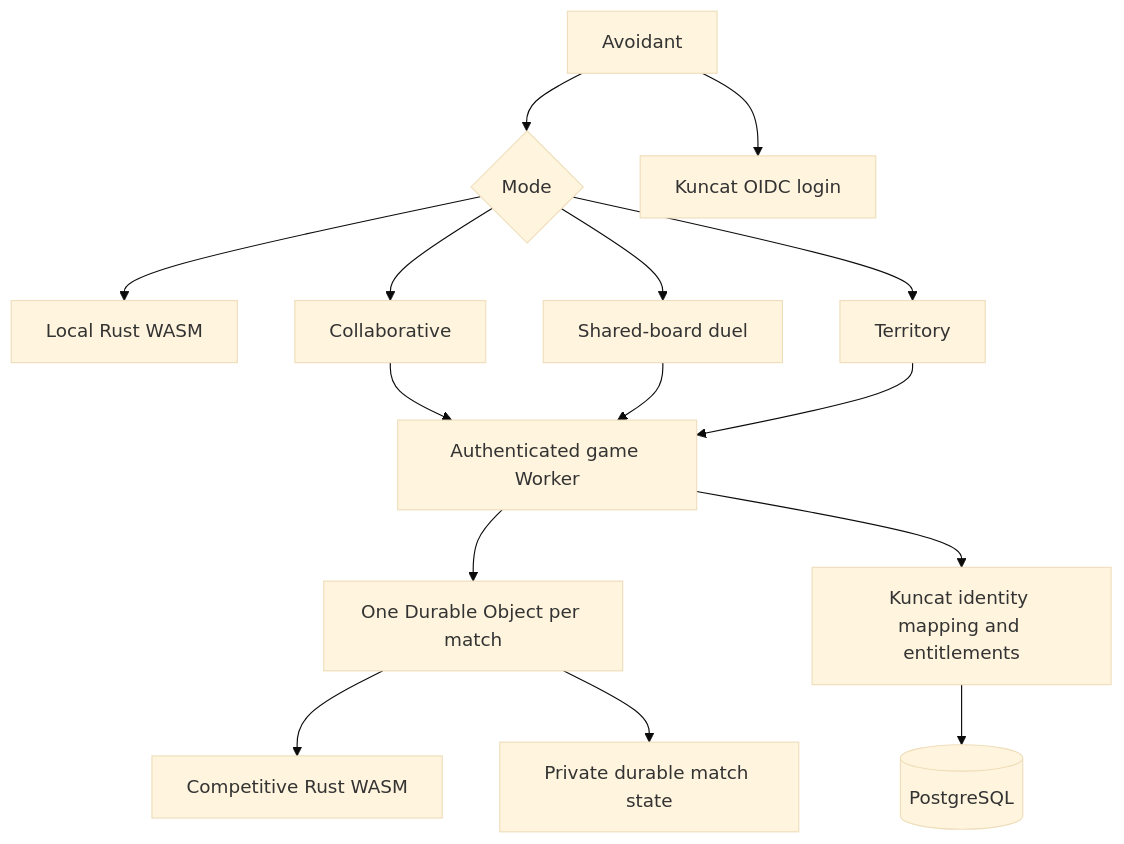
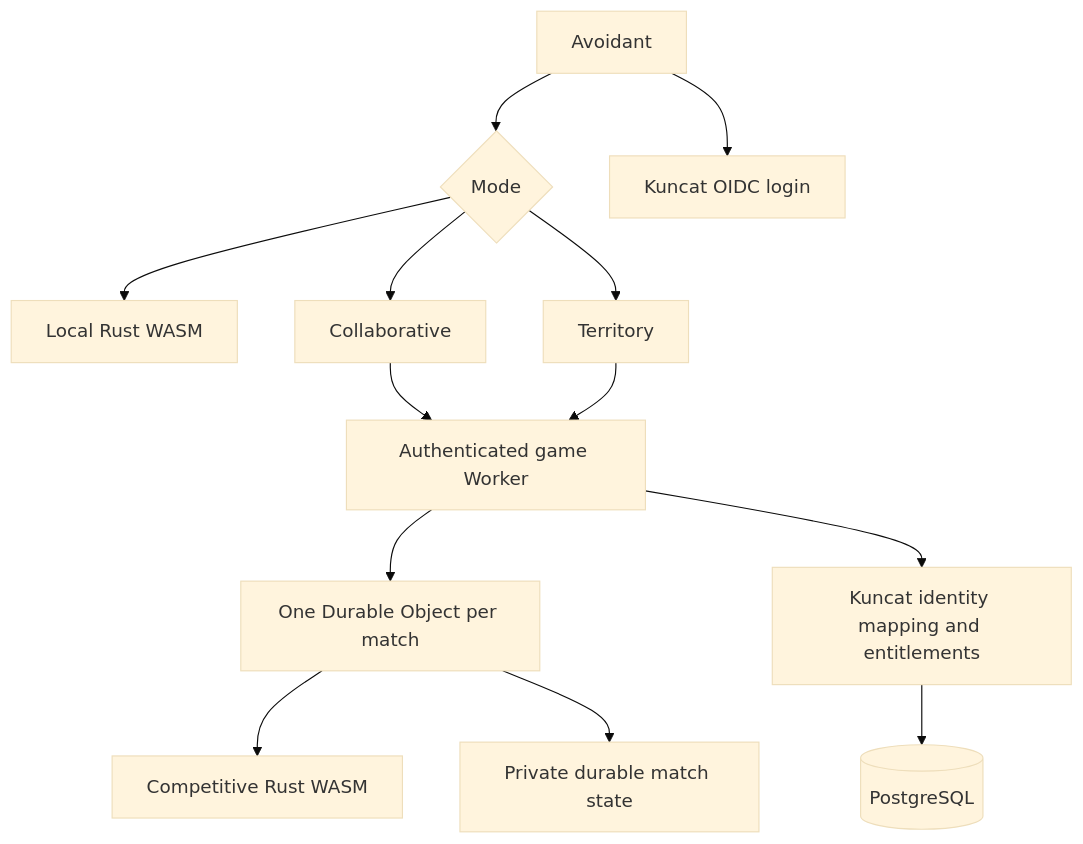
The first of 10 diagrams in docs/multiplayer-plan.md (kuncat/avoidant), drawn with Mermaid (base theme) before and after one commit. The commit also changed other lines of this file and 11 other files, not shown here.

Commit message:
Remove Duel mode in favor of configurable Territory games

````diff
--- a/docs/multiplayer-plan.md
+++ b/docs/multiplayer-plan.md
@@ -12,17 +12,15 @@
 ```mermaid
 flowchart TD
   UI[Avoidant] --> Mode{Mode}
   Mode --> Solo[Local Rust WASM]
   Mode --> Coop[Collaborative]
-  Coop --> API
-  Mode --> Duel[Shared-board duel]
+  Coop --> API[Authenticated game Worker]
   Mode --> Territory[Territory]
-  Duel --> API[Authenticated game Worker]
   Territory --> API
   API --> Room[One Durable Object per match]
   Room --> Rules[Competitive Rust WASM]
   Room --> Storage[Private durable match state]
   UI --> Accounts[Kuncat OIDC login]
   API --> Identity[Kuncat identity mapping and entitlements]
   Identity --> PG[(PostgreSQL)]
 ```
````
